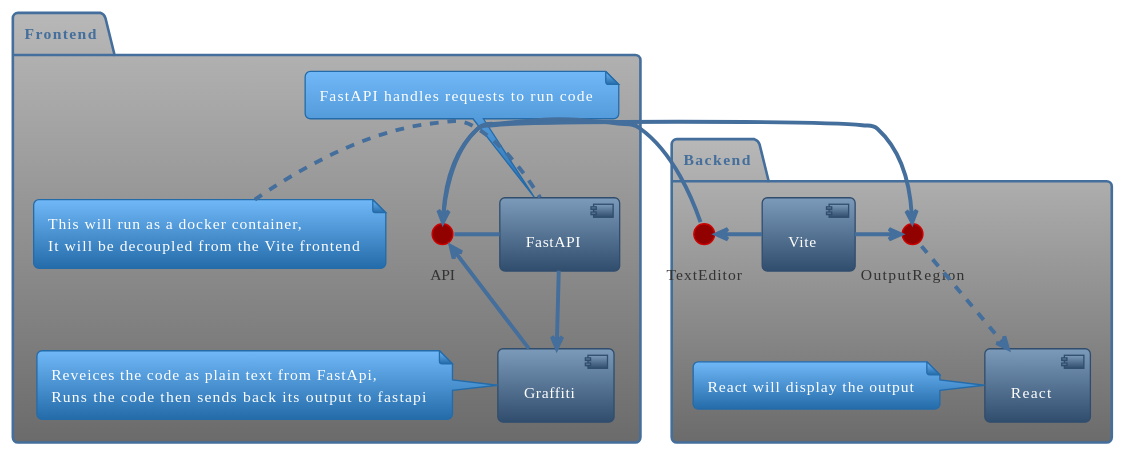
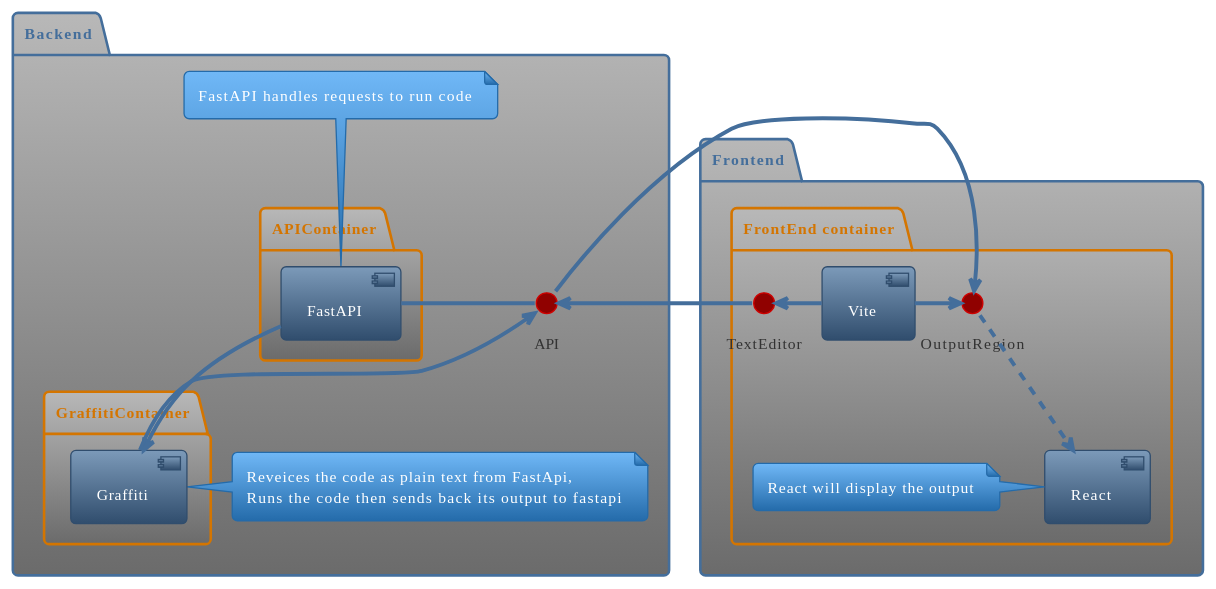
Before and after one commit to k-kahora/Maml-website: the diagram in blog.org, drawn with PlantUML. The commit also changed other lines of this file and 5 other files, not shown here.

```diff
--- a/blog.org
+++ b/blog.org
@@ -196,40 +199,44 @@
 #+begin_src plantuml :file ./hello-uml.png
+
 
 !theme spacelab
 
-package "Frontend" {
-	[FastAPI] as F 
+package "Backend" {
+
+        folder "APIContainer" {
+	  [FastAPI] as F 
+	}
 	API - F
 
 	note top of F: FastAPI handles requests to run code
 
-	note left of F
-	This will run as a docker container,
-	It will be decoupled from the Vite frontend
-        end note
 
-        [Graffiti] as G
+        folder "GraffitiContainer" {
+          [Graffiti] as G
+	}
         F --> G
         G --> API
-
         note left of G
 	Reveices the code as plain text from FastApi,
 	Runs the code then sends back its output to fastapi
         end note
 }
 
-package "Backend" {
+package "Frontend" {
 
+        folder "FrontEnd container" {
 [Vite] as V
 V -Left-> TextEditor
 V -right-> OutputRegion
+
 TextEditor -> API
 API -> OutputRegion
 [React] as R
 OutputRegion ..> R
 note left of R: React will display the output
+			
 
-}
+		}
 
 
 #+end_src
```
